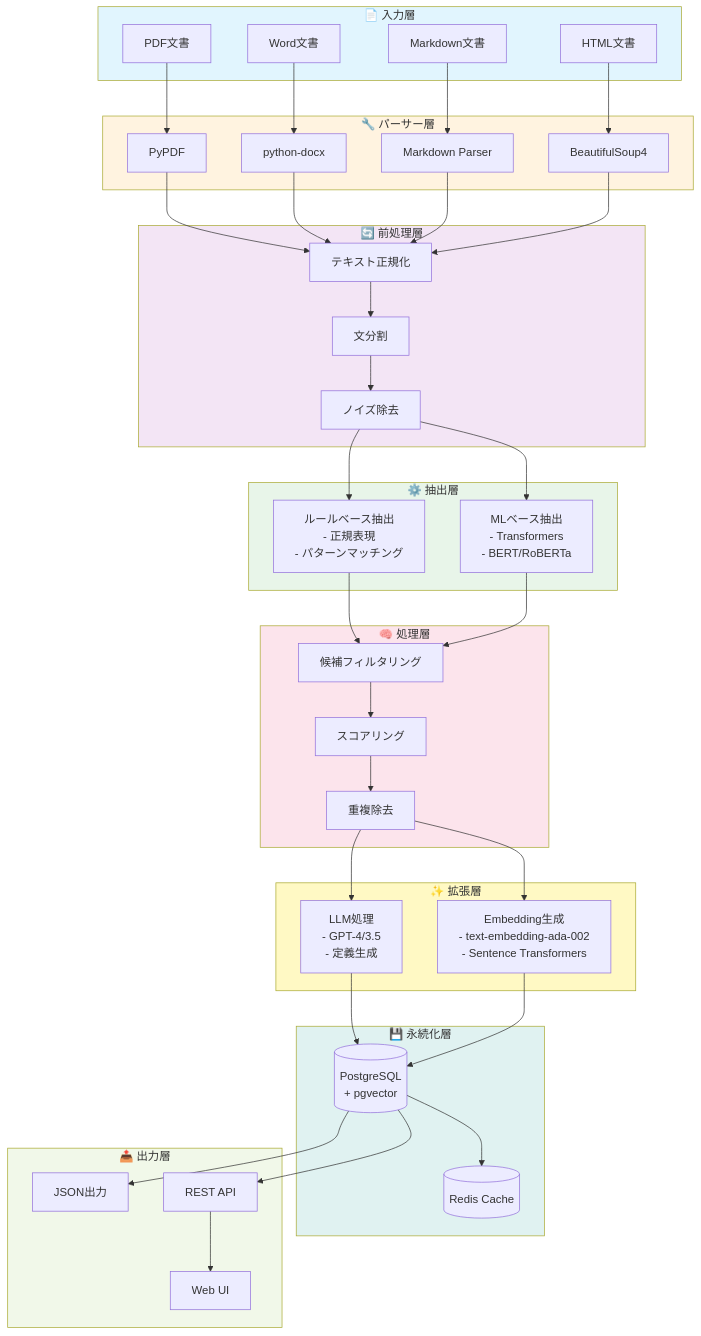
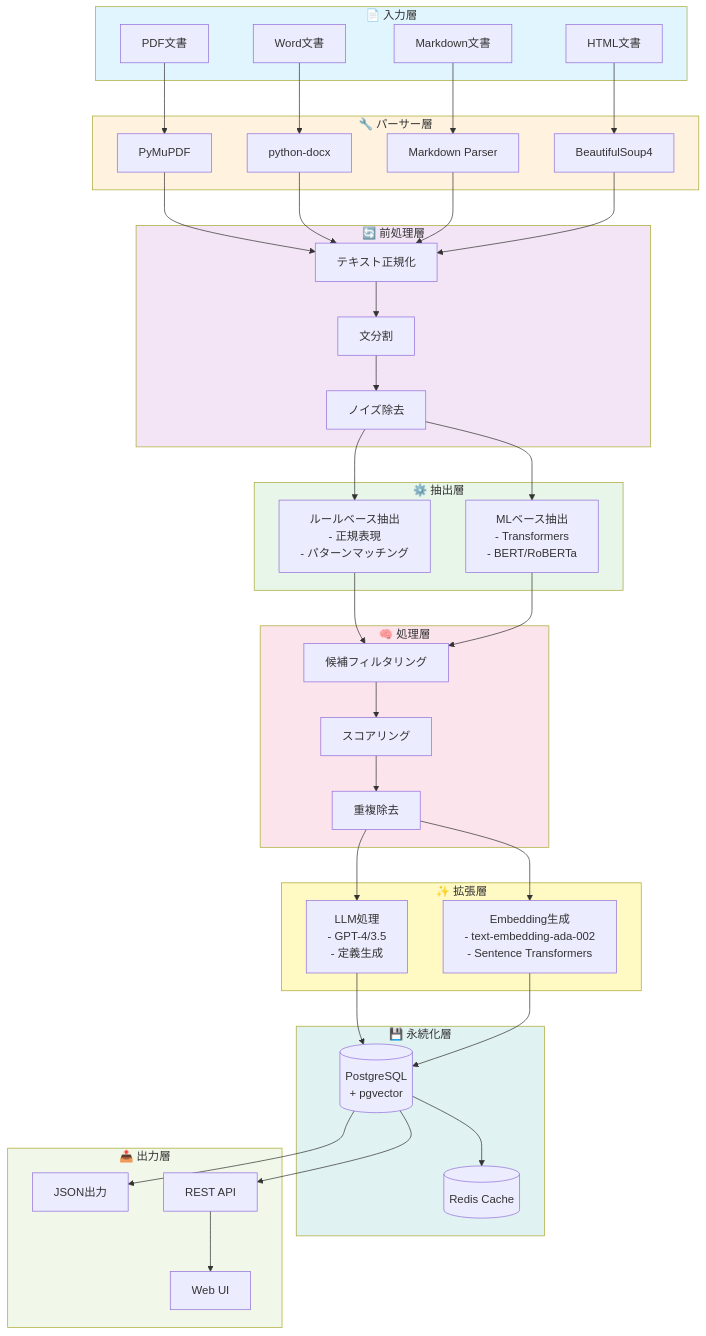
One commit to uchi736/jargon-extraction changed the first of 9 diagrams in README.md. Above: the diagram before and after it, drawn with Mermaid. The commit also changed other lines of this file and 24 other files, not shown here.

```diff
--- a/README.md
+++ b/README.md
@@ -155,7 +194,7 @@
     end
     
     subgraph Parser["🔧 パーサー層"]
-        E[PyPDF]
+        E[PyMuPDF]
         F[python-docx]
         G[Markdown Parser]
         H[BeautifulSoup4]
```
